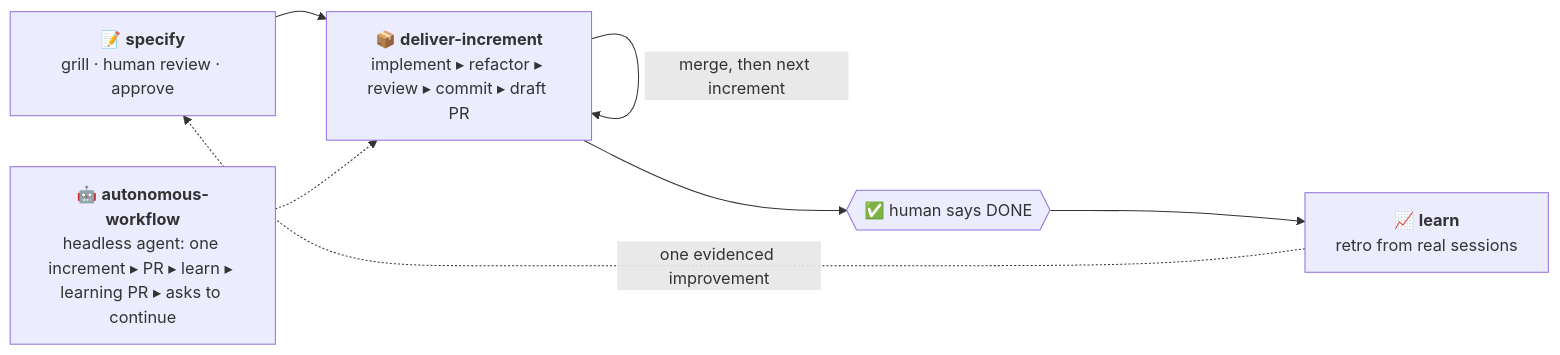
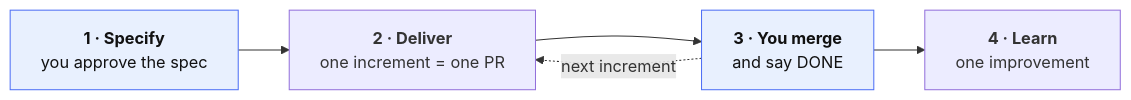
Before and after one commit to Amirault/DevGate: the diagram in README.md, drawn with Mermaid. The commit also changed other lines of this file, not shown here.

Commit message:
docs: simplify the diagram, README essentials first and details collapsed (#10)

````diff
--- a/README.md
+++ b/README.md
@@ -19,9 +19,9 @@
 ```mermaid
 flowchart LR
-    A["📝 <b>specify</b><br/>grill · human review · approve"] --> B["📦 <b>deliver-increment</b><br/>implement ▸ refactor ▸ review ▸ commit ▸ draft PR"]
-    B -- "merge, then next increment" --> B
-    B --> C{{"✅ human says DONE"}}
-    C --> D["📈 <b>learn</b><br/>retro from real sessions"]
-    D -. "one evidenced improvement" .-> A
-    H["🤖 <b>autonomous-workflow</b><br/>headless agent: one increment ▸ PR ▸ learn ▸ learning PR ▸ asks to continue"] -.-> B
+    A["<b>1 · Specify</b><br/>you approve the spec"] --> B["<b>2 · Deliver</b><br/>one increment = one PR"]
+    B --> C["<b>3 · You merge</b><br/>and say DONE"]
+    C --> D["<b>4 · Learn</b><br/>one improvement"]
+    C -. "next increment" .-> B
+    style A fill:#e8f0fe,stroke:#4c6ef5,color:#111
+    style C fill:#e8f0fe,stroke:#4c6ef5,color:#111
 ```
````
